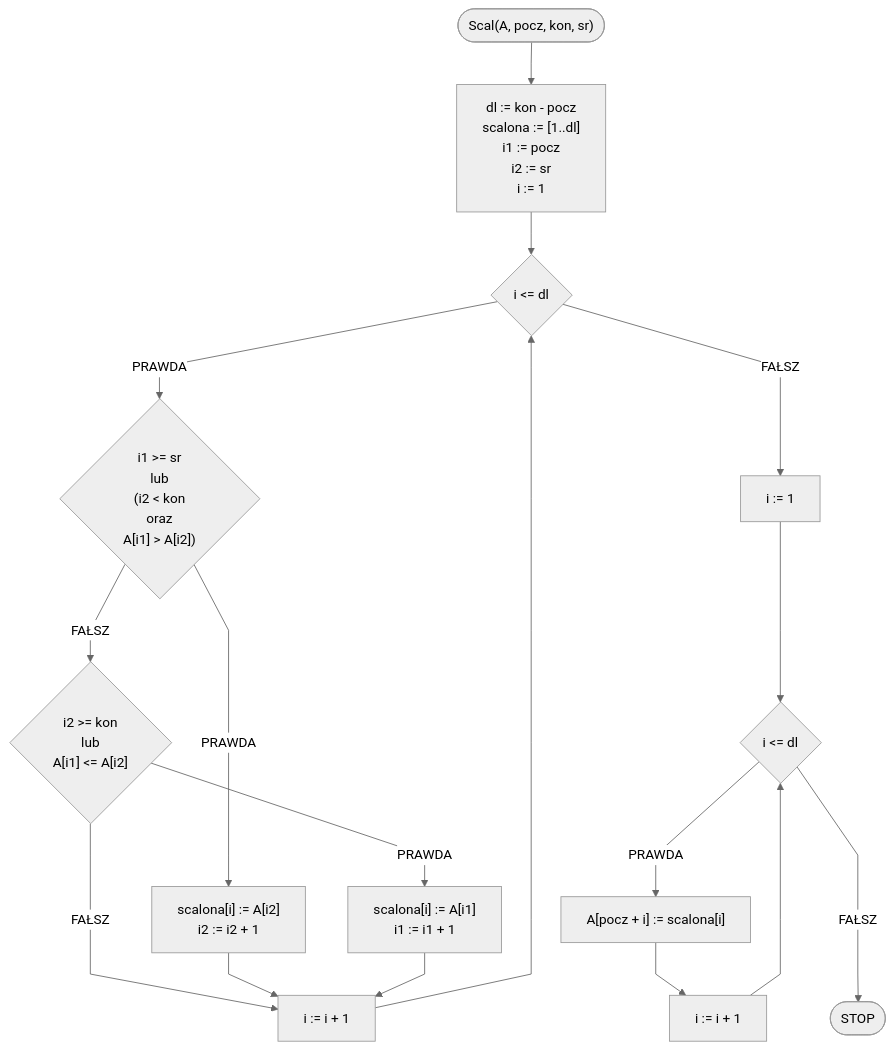
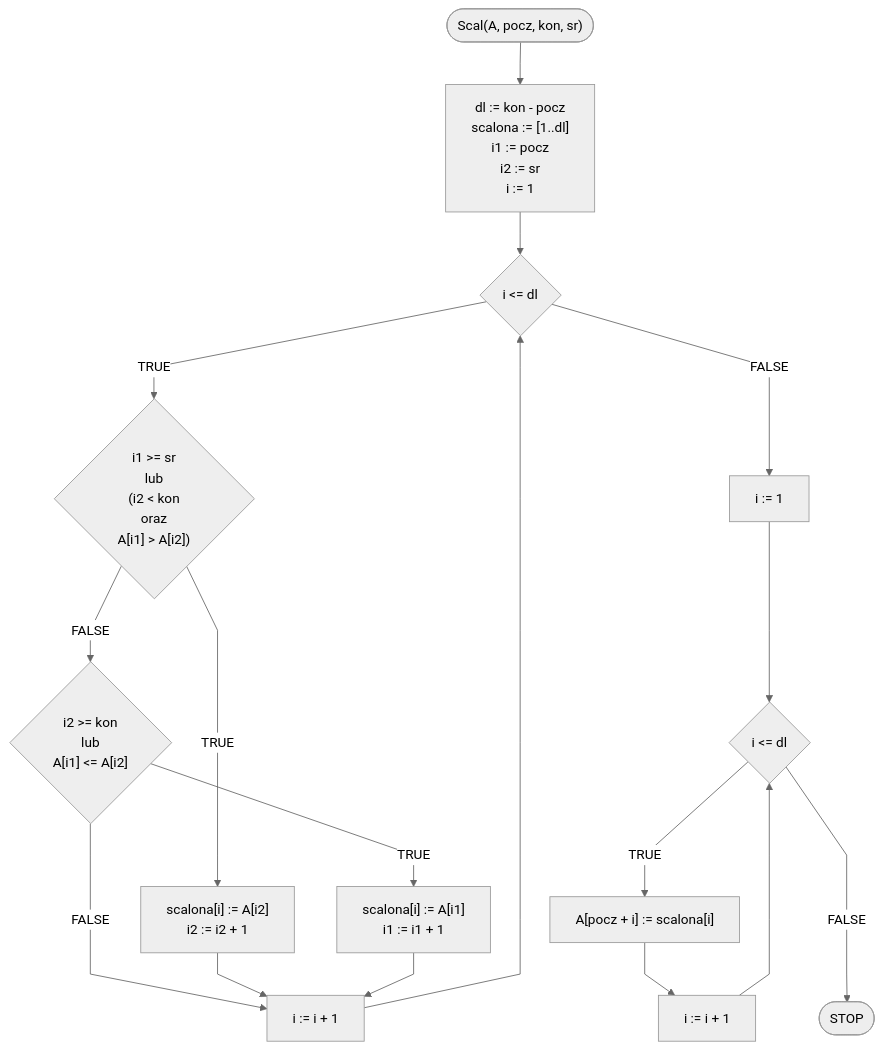
Before and after one commit to blackbat13/edu-cs-htiew-en: the first of 2 diagrams in docs/algorithms/sorting/merge-sort.md, drawn with Mermaid. The commit also changed other lines of this file and 682 other files, not shown here.

````diff
--- a/docs/algorithms/sorting/merge-sort.md
+++ b/docs/algorithms/sorting/merge-sort.md
@@ -83,32 +83,32 @@
 ```mermaid
 %%{init: {"flowchart": {"curve": "linear"}, "theme": "neutral"} }%%
 flowchart TD
     START(["Scal(A, pocz, kon, sr)"]) --> K1["dl := kon - pocz
     scalona := [1..dl]
     i1 := pocz
     i2 := sr
     i := 1"]
     K1 --> K5{i <= dl}
-    K5 -- PRAWDA --> K6{"i1 >= sr
+    K5 -- TRUE --> K6{"i1 >= sr
     lub
     (i2 < kon
     oraz
     A[i1] > A[i2])"}
-    K6 -- PRAWDA --> K7["scalona[i] := A[i2]
+    K6 -- TRUE --> K7["scalona[i] := A[i2]
     i2 := i2 + 1"]
-    K6 -- FAŁSZ --> K10{"i2 >= kon
+    K6 -- FALSE --> K10{"i2 >= kon
     lub
     A[i1] <= A[i2]"}
-    K10 -- PRAWDA --> K11["scalona[i] := A[i1]
+    K10 -- TRUE --> K11["scalona[i] := A[i1]
     i1 := i1 + 1"]
-    K10 -- FAŁSZ --> K5i[i := i + 1]
+    K10 -- FALSE --> K5i[i := i + 1]
     K7 --> K5i
     K11 --> K5i
     K5i --> K5
-    K5 -- FAŁSZ --> K13p[i := 1]
+    K5 -- FALSE --> K13p[i := 1]
     K13p --> K13{i <= dl}
-    K13 -- PRAWDA --> K14["A[pocz + i] := scalona[i]"]
+    K13 -- TRUE --> K14["A[pocz + i] := scalona[i]"]
     K14 --> K13i[i := i + 1]
     K13i --> K13
-    K13 -- FAŁSZ ---> STOP([STOP])
+    K13 -- FALSE ---> STOP([STOP])
 ```
````
